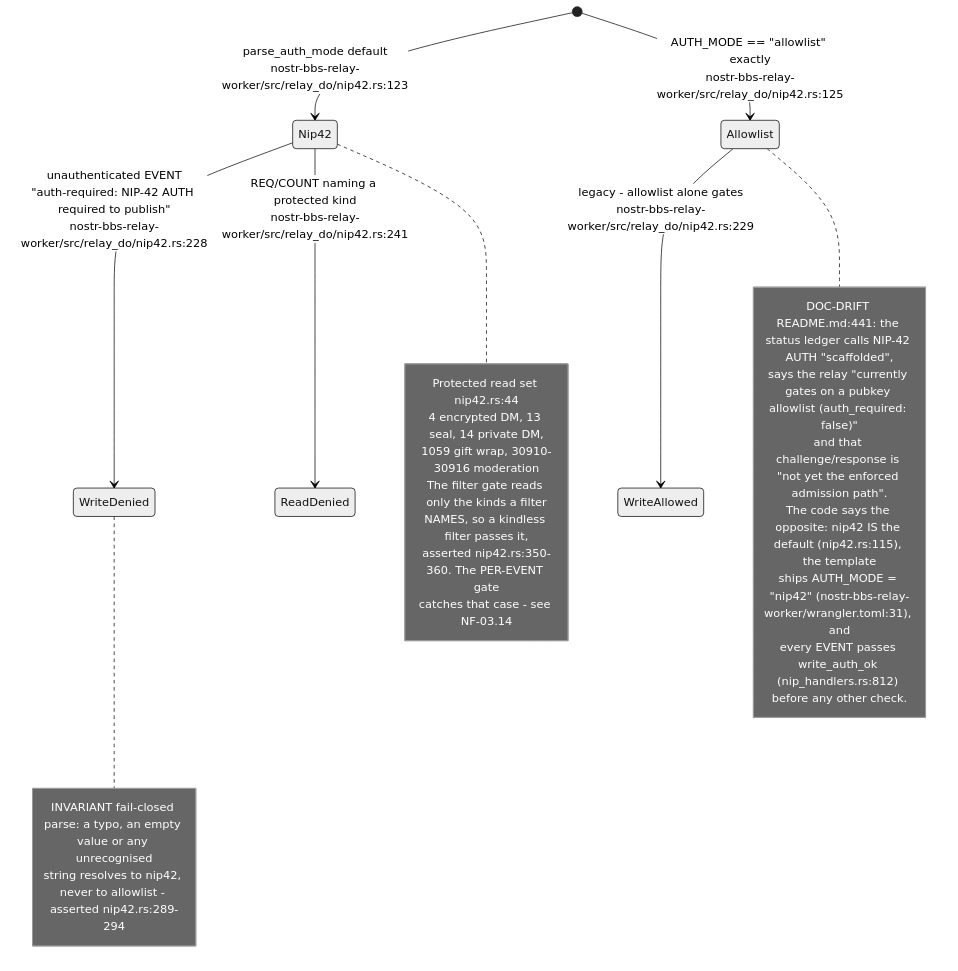
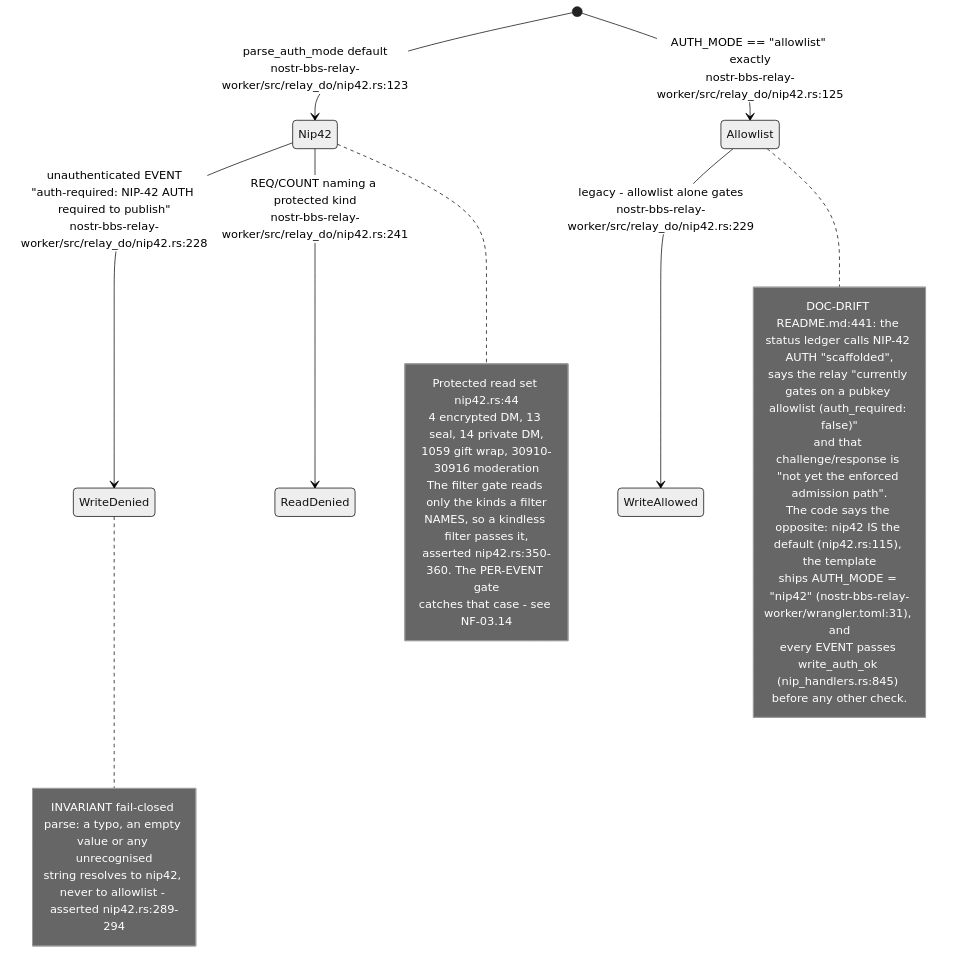
The third of 14 diagrams in docs/diagrams/nostr-rust-forum/03-relay-worker-admission-auth-and-trust.md (DreamLab-AI/VisionFlow), drawn with Mermaid (neutral theme) before and after one commit. The commit also changed other lines of this file and 111 other files, not shown here.

Commit message:
docs(diagrams): align estate maps with current source

````diff
--- a/docs/diagrams/nostr-rust-forum/03-relay-worker-admission-auth-and-trust.md
+++ b/docs/diagrams/nostr-rust-forum/03-relay-worker-admission-auth-and-trust.md
@@ -70,30 +70,30 @@
 ```mermaid
 stateDiagram-v2
     [*] --> Nip42: parse_auth_mode default<br/>nostr-bbs-relay-worker/src/relay_do/nip42.rs:123
     [*] --> Allowlist: AUTH_MODE == "allowlist" exactly<br/>nostr-bbs-relay-worker/src/relay_do/nip42.rs:125
     Nip42 --> WriteDenied: unauthenticated EVENT<br/>"auth-required: NIP-42 AUTH required to publish"<br/>nostr-bbs-relay-worker/src/relay_do/nip42.rs:228
     Nip42 --> ReadDenied: REQ/COUNT naming a protected kind<br/>nostr-bbs-relay-worker/src/relay_do/nip42.rs:241
     Allowlist --> WriteAllowed: legacy - allowlist alone gates<br/>nostr-bbs-relay-worker/src/relay_do/nip42.rs:229
 
     note right of Nip42
         Protected read set nip42.rs:44
         4 encrypted DM, 13 seal, 14 private DM,
         1059 gift wrap, 30910-30916 moderation
         The filter gate reads only the kinds a filter
         NAMES, so a kindless filter passes it,
         asserted nip42.rs:350-360. The PER-EVENT gate
         catches that case - see NF-03.14
     end note
     note right of Allowlist
         DOC-DRIFT README.md:441: the status ledger calls NIP-42 AUTH "scaffolded",
         says the relay "currently gates on a pubkey allowlist (auth_required: false)"
         and that challenge/response is "not yet the enforced admission path".
         The code says the opposite: nip42 IS the default (nip42.rs:115), the template
         ships AUTH_MODE = "nip42" (nostr-bbs-relay-worker/wrangler.toml:31), and
-        every EVENT passes write_auth_ok (nip_handlers.rs:812) before any other check.
+        every EVENT passes write_auth_ok (nip_handlers.rs:845) before any other check.
     end note
     note right of WriteDenied
         INVARIANT fail-closed parse: a typo, an empty value or any unrecognised
         string resolves to nip42, never to allowlist - asserted nip42.rs:289-294
     end note
 ```
````
